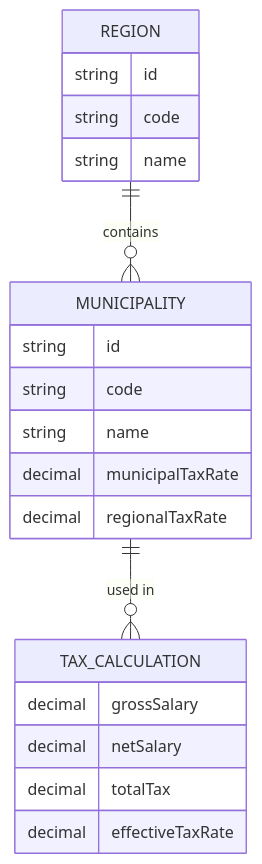
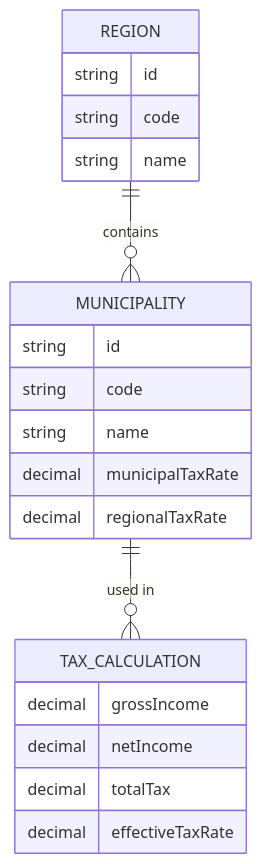
Before and after one commit to CarlssonOscar/netto-vue-frontend: the sixth of 6 diagrams in docs/system-overview.md, drawn with Mermaid. The commit also changed other lines of this file and 7 other files, not shown here.

First line of the commit message:
Refactor: switch from salary to income terminology

````diff
--- a/docs/system-overview.md
+++ b/docs/system-overview.md
@@ -246,26 +246,26 @@
 ```mermaid
 erDiagram
     REGION ||--o{ MUNICIPALITY : contains
     MUNICIPALITY ||--o{ TAX_CALCULATION : "used in"
     
     REGION {
         string id
         string code
         string name
     }
     
     MUNICIPALITY {
         string id
         string code
         string name
         decimal municipalTaxRate
         decimal regionalTaxRate
     }
     
     TAX_CALCULATION {
-        decimal grossSalary
-        decimal netSalary
+        decimal grossIncome
+        decimal netIncome
         decimal totalTax
         decimal effectiveTaxRate
     }
 ```
````
